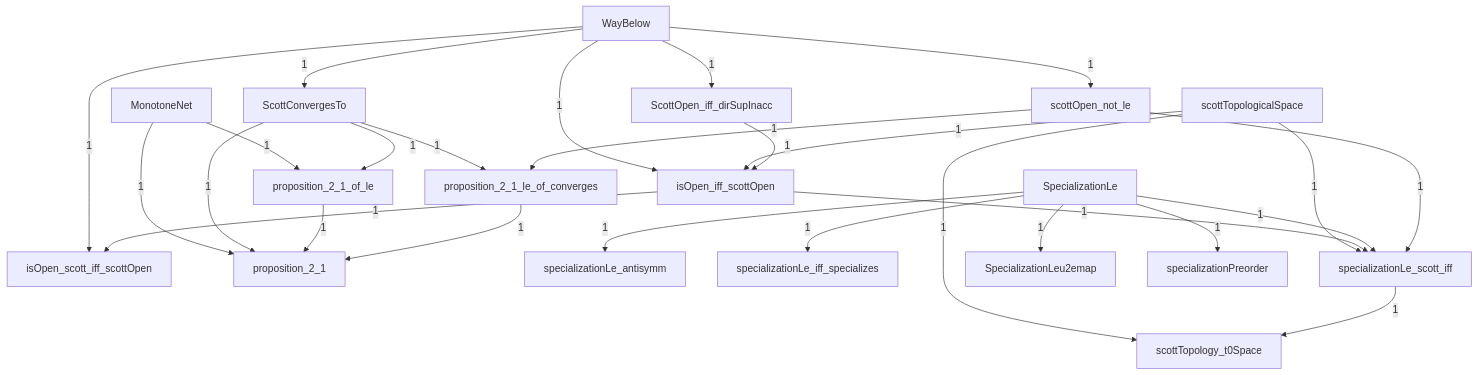
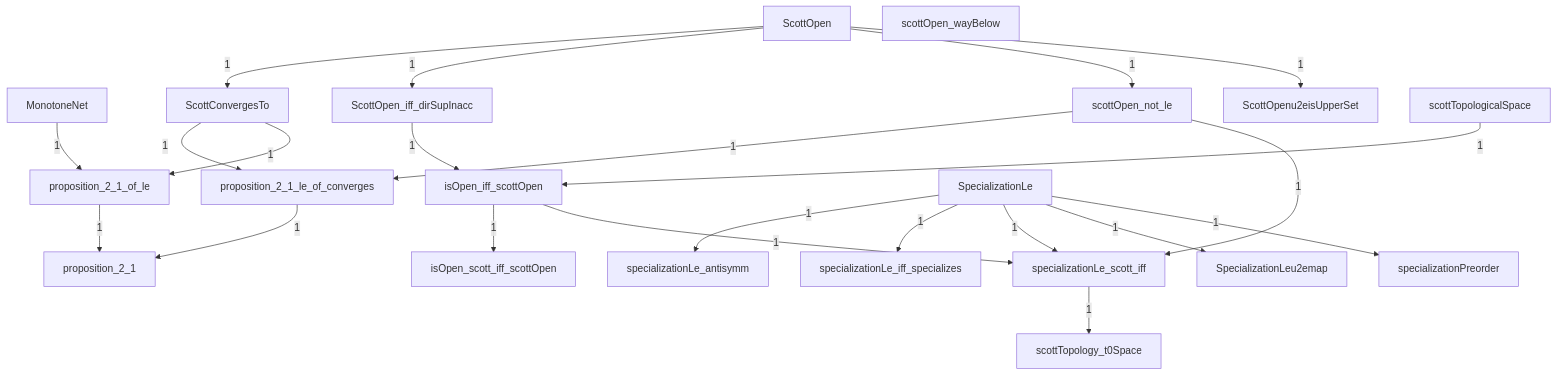
One commit to catskillsresearch/DomainTheory changed the diagram in DomainTheory/ContinuousLattice/Specialization/Specialization.mermaid. Above: the diagram before and after it, drawn with Mermaid. The commit also changed 216 other files, not shown here.

```diff
--- a/DomainTheory/ContinuousLattice/Specialization/Specialization.mermaid
+++ b/DomainTheory/ContinuousLattice/Specialization/Specialization.mermaid
@@ -1,53 +1,47 @@
-%% Inside Specialization. A box is one Lean file in this folder, or one subfolder.
-%% A box named as another folder is that whole folder. A box named as another chapter is that whole chapter.
-%% The arrowhead points at the file or folder that imports. The label is how many direct imports.
+%% Lean files imported under this note.
+%% Arrowhead on the importer. The number is a direct-import count.
+%% An arrow already implied by a longer path is omitted.
 flowchart TB
 
-  N11["isOpen_iff_scottOpen"]
-  N12["isOpen_scott_iff_scottOpen"]
-  N1["MonotoneNet"]
-  N9["proposition_2_1"]
-  N8["proposition_2_1_le_of_converges"]
-  N6["proposition_2_1_of_le"]
-  N2["ScottConvergesTo"]
-  N3["ScottOpen_iff_dirSupInacc"]
-  N7["scottOpen_not_le"]
-  N10["scottTopologicalSpace"]
-  N16["scottTopology_t0Space"]
-  N4["SpecializationLe"]
-  N13["specializationLe_antisymm"]
-  N14["specializationLe_iff_specializes"]
-  N15["specializationLe_scott_iff"]
-  N5["SpecializationLeu2emap"]
-  N17["specializationPreorder"]
-  N0["WayBelow"]
+  Specialization_isOpen_iff_scottOpen["isOpen_iff_scottOpen"]
+  Specialization_isOpen_scott_iff_scottOpen["isOpen_scott_iff_scottOpen"]
+  Specialization_MonotoneNet["MonotoneNet"]
+  Specialization_proposition_2_1["proposition_2_1"]
+  Specialization_proposition_2_1_le_of_converges["proposition_2_1_le_of_converges"]
+  Specialization_proposition_2_1_of_le["proposition_2_1_of_le"]
+  Specialization_ScottConvergesTo["ScottConvergesTo"]
+  WayBelow_ScottOpen["ScottOpen"]
+  Specialization_ScottOpen_iff_dirSupInacc["ScottOpen_iff_dirSupInacc"]
+  Specialization_scottOpen_not_le["scottOpen_not_le"]
+  WayBelow_scottOpen_wayBelow["scottOpen_wayBelow"]
+  WayBelow_ScottOpenu2eisUpperSet["ScottOpenu2eisUpperSet"]
+  Specialization_scottTopologicalSpace["scottTopologicalSpace"]
+  Specialization_scottTopology_t0Space["scottTopology_t0Space"]
+  Specialization_SpecializationLe["SpecializationLe"]
+  Specialization_specializationLe_antisymm["specializationLe_antisymm"]
+  Specialization_specializationLe_iff_specializes["specializationLe_iff_specializes"]
+  Specialization_specializationLe_scott_iff["specializationLe_scott_iff"]
+  Specialization_SpecializationLeu2emap["SpecializationLeu2emap"]
+  Specialization_specializationPreorder["specializationPreorder"]
 
-  N0 -->|"1"| N11
-  N10 -->|"1"| N11
-  N3 -->|"1"| N11
-  N0 -->|"1"| N12
-  N11 -->|"1"| N12
-  N4 -->|"1"| N13
-  N4 -->|"1"| N14
-  N10 -->|"1"| N15
-  N11 -->|"1"| N15
-  N4 -->|"1"| N15
-  N7 -->|"1"| N15
-  N10 -->|"1"| N16
-  N15 -->|"1"| N16
-  N4 -->|"1"| N17
-  N0 -->|"1"| N2
-  N0 -->|"1"| N3
-  N4 -->|"1"| N5
-  N1 -->|"1"| N6
-  N2 -->|"1"| N6
-  N0 -->|"1"| N7
-  N2 -->|"1"| N8
-  N7 -->|"1"| N8
-  N1 -->|"1"| N9
-  N2 -->|"1"| N9
-  N6 -->|"1"| N9
-  N8 -->|"1"| N9
-
-  classDef file fill:#dbeafe,stroke:#1d4ed8,color:#1e3a8a
-  classDef ext fill:#f3f4f6,stroke:#374151,color:#111827
+  Specialization_ScottOpen_iff_dirSupInacc -->|"1"| Specialization_isOpen_iff_scottOpen
+  Specialization_scottTopologicalSpace -->|"1"| Specialization_isOpen_iff_scottOpen
+  Specialization_isOpen_iff_scottOpen -->|"1"| Specialization_isOpen_scott_iff_scottOpen
+  Specialization_proposition_2_1_le_of_converges -->|"1"| Specialization_proposition_2_1
+  Specialization_proposition_2_1_of_le -->|"1"| Specialization_proposition_2_1
+  Specialization_ScottConvergesTo -->|"1"| Specialization_proposition_2_1_le_of_converges
+  Specialization_scottOpen_not_le -->|"1"| Specialization_proposition_2_1_le_of_converges
+  Specialization_MonotoneNet -->|"1"| Specialization_proposition_2_1_of_le
+  Specialization_ScottConvergesTo -->|"1"| Specialization_proposition_2_1_of_le
+  WayBelow_ScottOpen -->|"1"| Specialization_ScottConvergesTo
+  WayBelow_ScottOpen -->|"1"| Specialization_ScottOpen_iff_dirSupInacc
+  WayBelow_ScottOpen -->|"1"| Specialization_scottOpen_not_le
+  WayBelow_ScottOpen -->|"1"| WayBelow_ScottOpenu2eisUpperSet
+  Specialization_specializationLe_scott_iff -->|"1"| Specialization_scottTopology_t0Space
+  Specialization_SpecializationLe -->|"1"| Specialization_specializationLe_antisymm
+  Specialization_SpecializationLe -->|"1"| Specialization_specializationLe_iff_specializes
+  Specialization_isOpen_iff_scottOpen -->|"1"| Specialization_specializationLe_scott_iff
+  Specialization_scottOpen_not_le -->|"1"| Specialization_specializationLe_scott_iff
+  Specialization_SpecializationLe -->|"1"| Specialization_specializationLe_scott_iff
+  Specialization_SpecializationLe -->|"1"| Specialization_SpecializationLeu2emap
+  Specialization_SpecializationLe -->|"1"| Specialization_specializationPreorder
```
